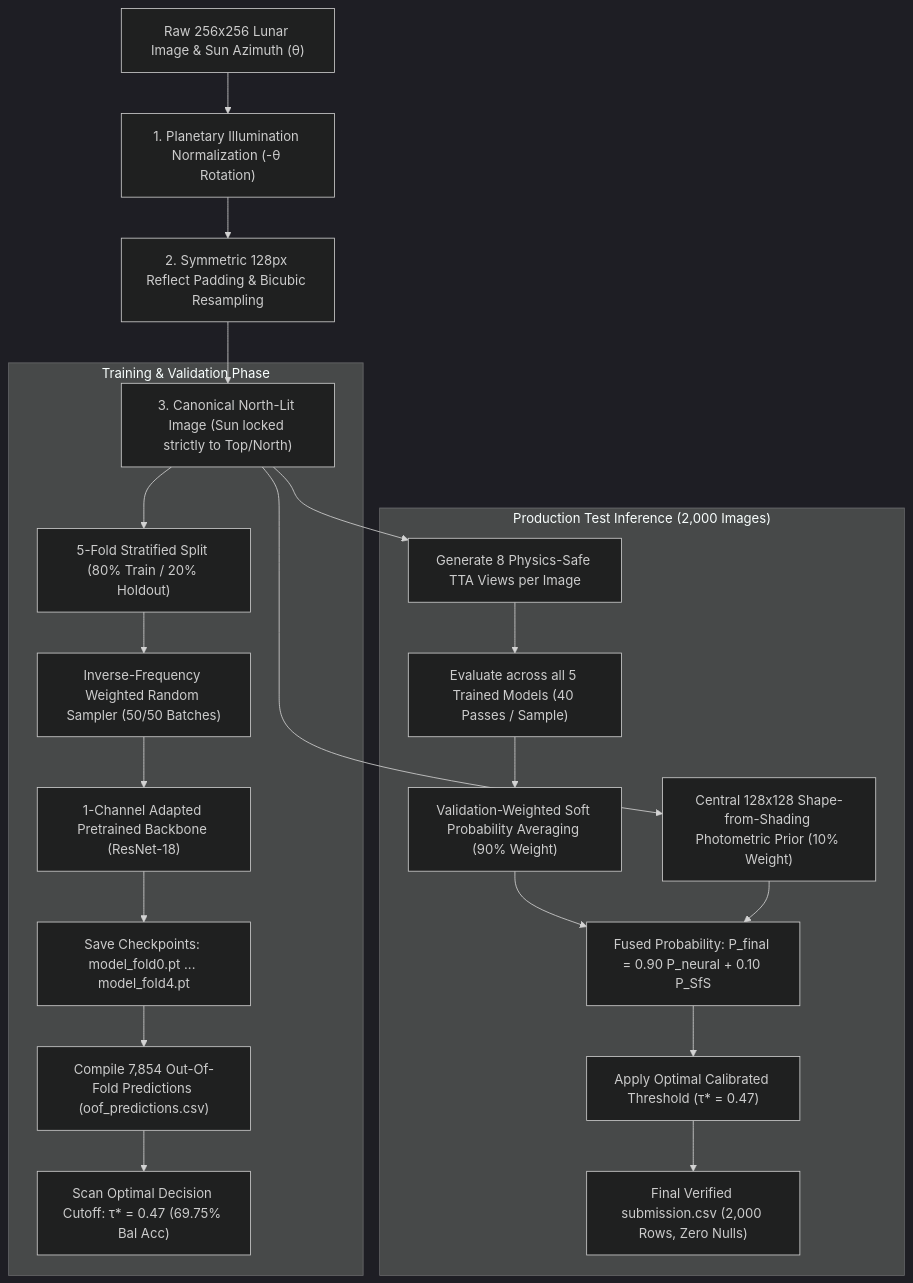
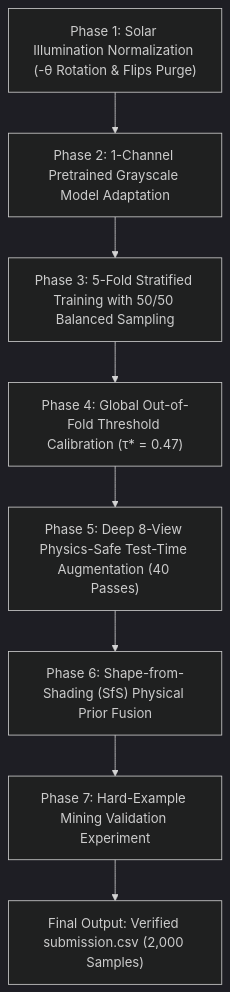
The diagram in README.md (aayushchavanke/lunar-topographic-inversion), drawn with Mermaid (dark theme) before and after one commit. The commit also changed other lines of this file, not shown here.

Commit message:
docs: restructure README into clean chronological phases (1-7) and remove chaotic example tables

````diff
--- a/README.md
+++ b/README.md
@@ -33,25 +31,10 @@
 ```mermaid
 graph TD
-    A["Raw 256x256 Lunar Image & Sun Azimuth (θ)"] --> B["1. Planetary Illumination Normalization (-θ Rotation)"]
-    B --> C["2. Symmetric 128px Reflect Padding & Bicubic Resampling"]
-    C --> D["3. Canonical North-Lit Image (Sun locked strictly to Top/North)"]
-    
-    subgraph Training_Phase["Training & Validation Phase"]
-        D --> E["5-Fold Stratified Split (80% Train / 20% Holdout)"]
-        E --> F["Inverse-Frequency Weighted Random Sampler (50/50 Batches)"]
-        F --> G["1-Channel Adapted Pretrained Backbone (ResNet-18)"]
-        G --> H["Save Checkpoints: model_fold0.pt ... model_fold4.pt"]
-        H --> I["Compile 7,854 Out-Of-Fold Predictions (oof_predictions.csv)"]
-        I --> J["Scan Optimal Decision Cutoff: τ* = 0.47 (69.75% Bal Acc)"]
-    end
-
-    subgraph Inference_Phase["Production Test Inference (2,000 Images)"]
-        D --> K["Generate 8 Physics-Safe TTA Views per Image"]
-        K --> L["Evaluate across all 5 Trained Models (40 Passes / Sample)"]
-        L --> M["Validation-Weighted Soft Probability Averaging (90% Weight)"]
-        D --> N["Central 128x128 Shape-from-Shading Photometric Prior (10% Weight)"]
-        M & N --> P["Fused Probability: P_final = 0.90 P_neural + 0.10 P_SfS"]
-        P --> Q["Apply Optimal Calibrated Threshold (τ* = 0.47)"]
-        Q --> R["Final Verified submission.csv (2,000 Rows, Zero Nulls)"]
-    end
+    A["Phase 1: Solar Illumination Normalization (-θ Rotation & Flips Purge)"] --> B["Phase 2: 1-Channel Pretrained Grayscale Model Adaptation"]
+    B --> C["Phase 3: 5-Fold Stratified Training with 50/50 Balanced Sampling"]
+    C --> D["Phase 4: Global Out-of-Fold Threshold Calibration (τ* = 0.47)"]
+    D --> E["Phase 5: Deep 8-View Physics-Safe Test-Time Augmentation (40 Passes)"]
+    E --> F["Phase 6: Shape-from-Shading (SfS) Physical Prior Fusion"]
+    F --> G["Phase 7: Hard-Example Mining Validation Experiment"]
+    G --> H["Final Output: Verified submission.csv (2,000 Samples)"]
 ```
````
